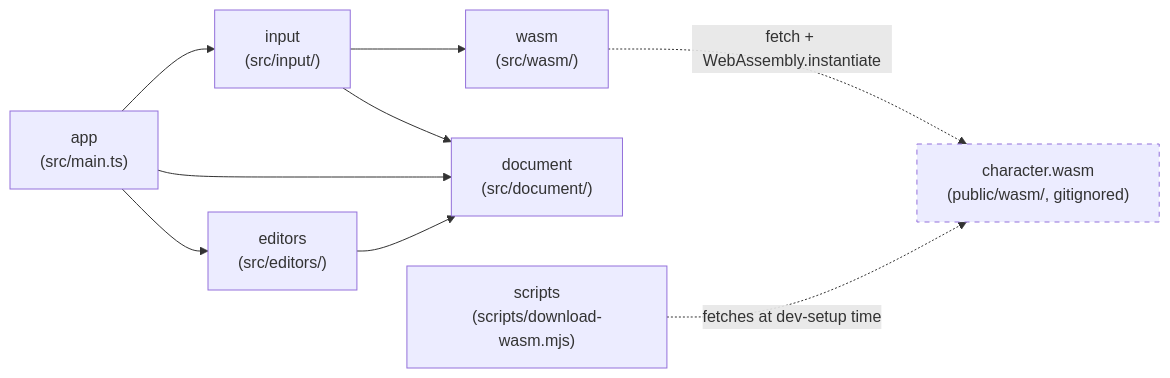
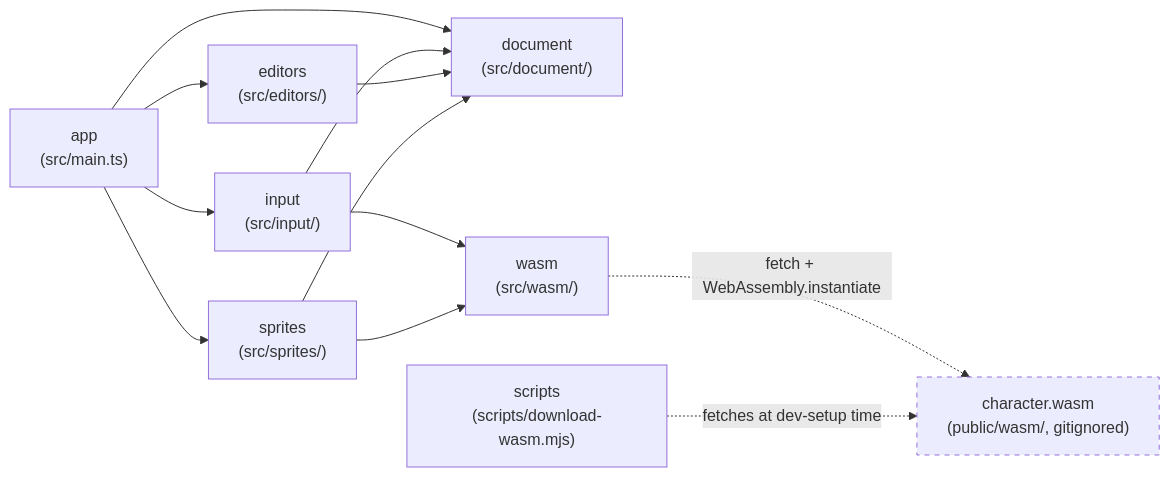
The diagram in docs/architecture.md (openkakutou/character-editor), drawn with Mermaid before and after one commit. The commit also changed other lines of this file and 24 other files, not shown here.

````diff
--- a/docs/architecture.md
+++ b/docs/architecture.md
@@ -13,13 +13,16 @@
 ```mermaid
 flowchart LR
     app["app\n(src/main.ts)"] --> input["input\n(src/input/)"]
     app --> document["document\n(src/document/)"]
     app --> editors["editors\n(src/editors/)"]
+    app --> sprites["sprites\n(src/sprites/)"]
     input --> wasm["wasm\n(src/wasm/)"]
     input --> document
     editors --> document
+    sprites --> document
+    sprites --> wasm
     wasm -.->|fetch + WebAssembly.instantiate| module["character.wasm\n(public/wasm/, gitignored)"]
     scripts["scripts\n(scripts/download-wasm.mjs)"] -.->|fetches at dev-setup time| module
 
     style module stroke-dasharray: 5 5
 ```
````
